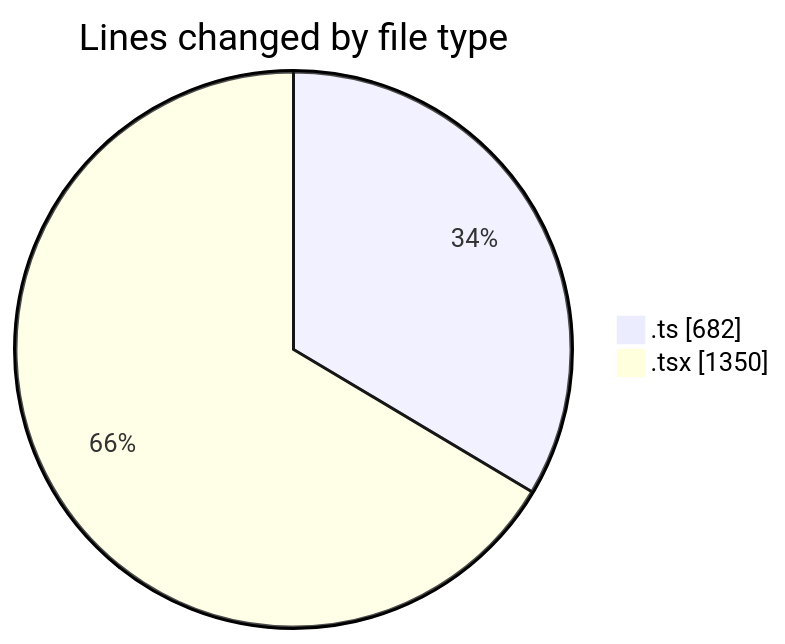
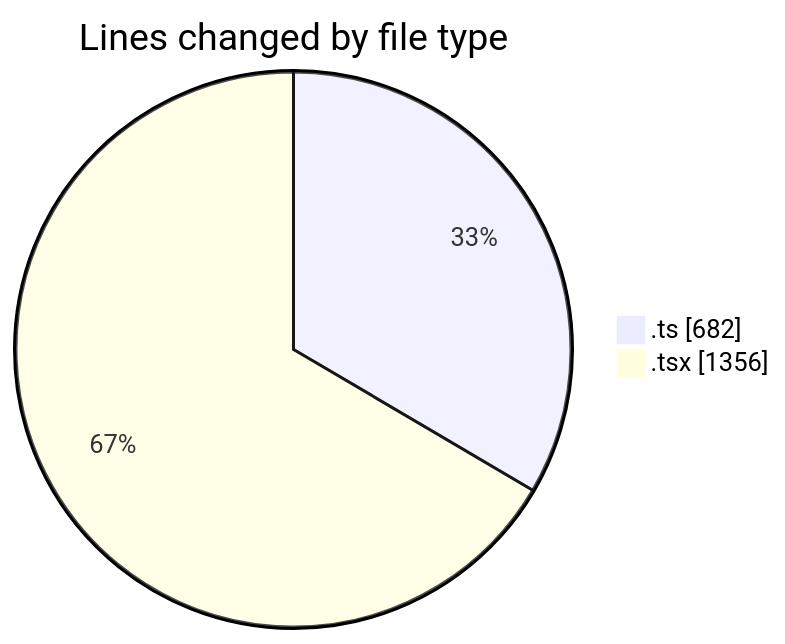
Before and after one commit to nxtqubesakshisongat/code-tracking: the first of 2 diagrams in 2026-03-23/nxtqube_webapp/README.md, drawn with Mermaid. The commit also changed other lines of this file and 1 other file, not shown here.

````diff
--- a/2026-03-23/nxtqube_webapp/README.md
+++ b/2026-03-23/nxtqube_webapp/README.md
@@ -23,6 +23,6 @@
 ```mermaid
 pie showData
 title Lines changed by file type
 ".ts" : 682
-".tsx" : 1350
+".tsx" : 1356
 ```
````
